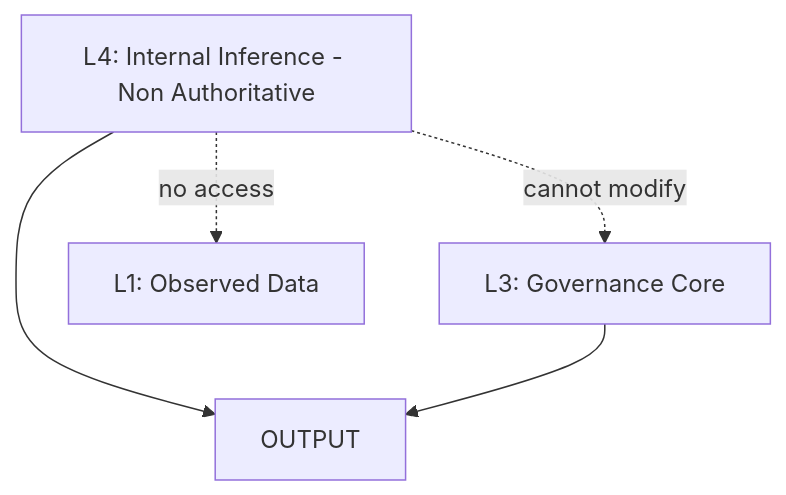
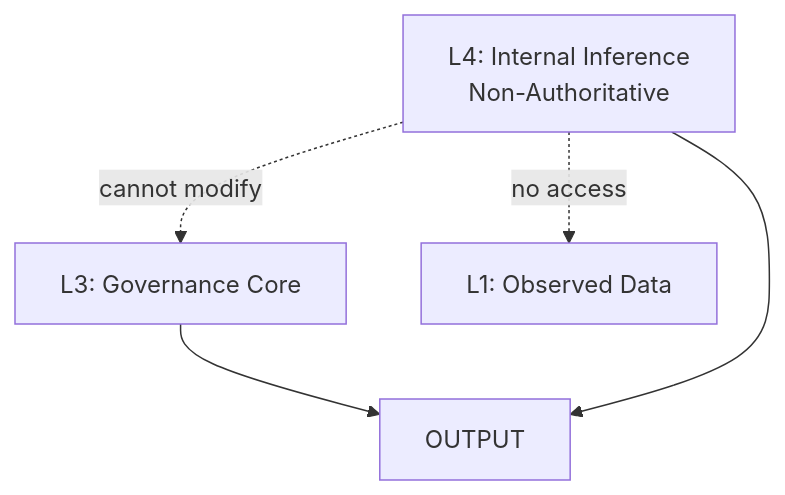
One commit to GeneralSergal/ORP changed the second of 5 diagrams in README.md. Above: the diagram before and after it, drawn with Mermaid. The commit also changed other lines of this file, not shown here.

````diff
--- a/README.md
+++ b/README.md
@@ -52,12 +47,8 @@
 ```mermaid
 flowchart TD
-    L4[L4: Internal Inference - Non Authoritative]
-    L3[L3: Governance Core]
-    OUT[OUTPUT]
-
-    L4 --> OUT
-    L3 --> OUT
+    L3[L3: Governance Core] --> OUT[OUTPUT]
+    L4[L4: Internal Inference<br/>Non-Authoritative] --> OUT
 
     L4 -. cannot modify .-> L3
     L4 -. no access .-> L1[L1: Observed Data]
 ```
````
